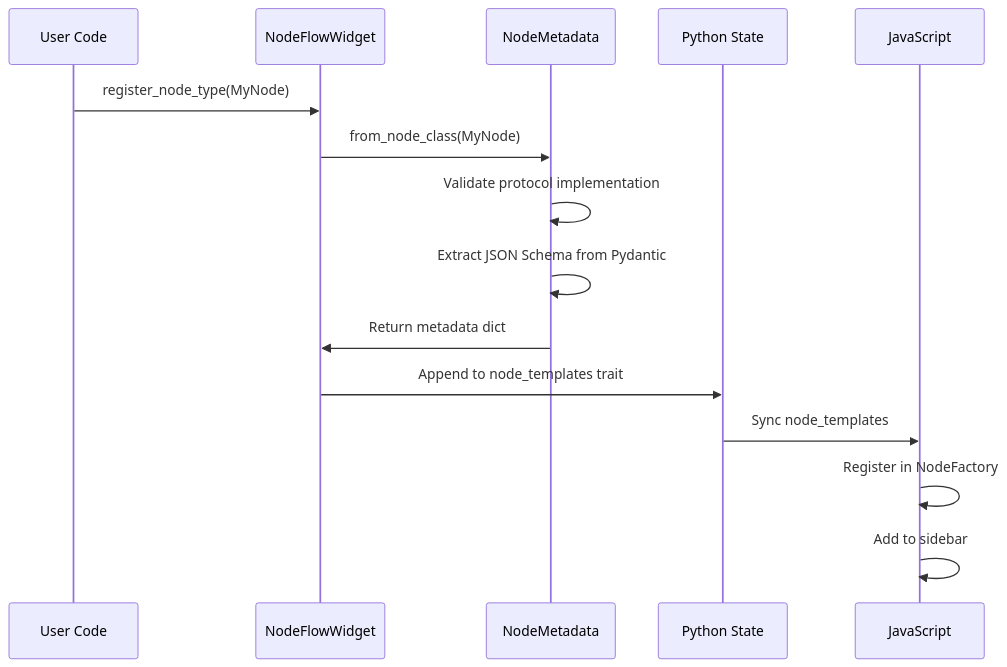
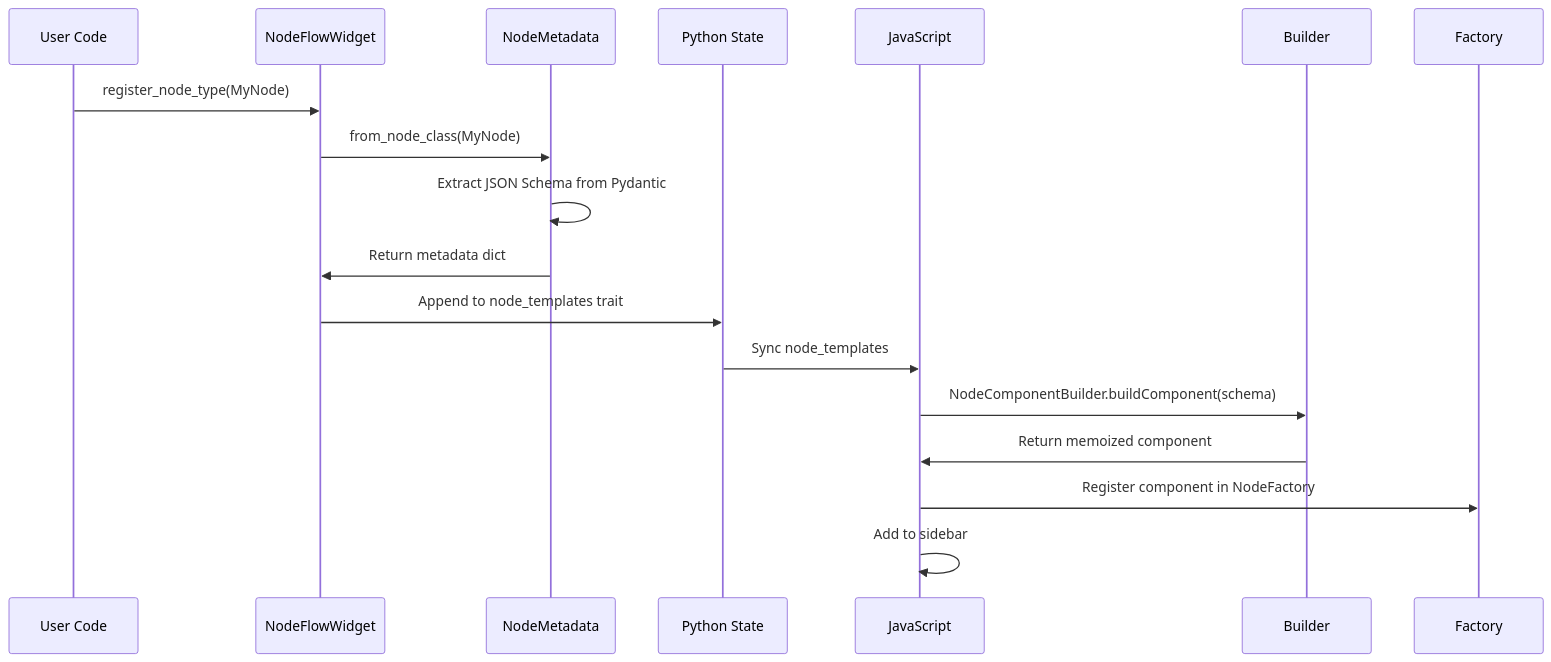
Before and after one commit to HenningScheufler/pynodewidget: the second of 4 diagrams in docs/developer/architecture.md, drawn with Mermaid. The commit also changed other lines of this file and 4 other files, not shown here.

````diff
--- a/docs/developer/architecture.md
+++ b/docs/developer/architecture.md
@@ -182,18 +182,19 @@
 ```mermaid
 sequenceDiagram
     participant User as User Code
     participant Widget as NodeFlowWidget
     participant Metadata as NodeMetadata
     participant Python as Python State
     participant JS as JavaScript
 
     User->>Widget: register_node_type(MyNode)
     Widget->>Metadata: from_node_class(MyNode)
-    Metadata->>Metadata: Validate protocol implementation
     Metadata->>Metadata: Extract JSON Schema from Pydantic
     Metadata->>Widget: Return metadata dict
     Widget->>Python: Append to node_templates trait
     Python->>JS: Sync node_templates
-    JS->>JS: Register in NodeFactory
+    JS->>Builder: NodeComponentBuilder.buildComponent(schema)
+    Builder->>JS: Return memoized component
+    JS->>Factory: Register component in NodeFactory
     JS->>JS: Add to sidebar
 ```
````
